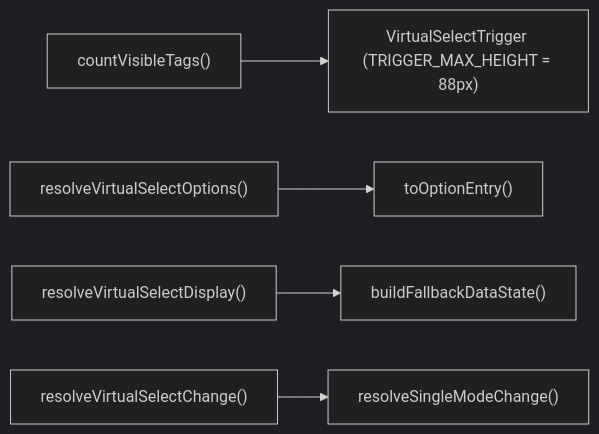
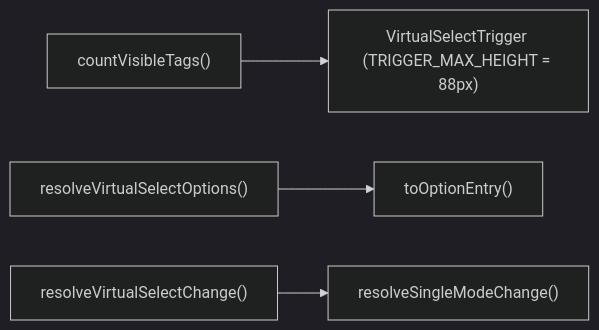
One commit to luciocabrera/lcabrera-stack changed the first of 2 diagrams in packages/ui/src/components/VirtualSelect/utils/ARCHITECTURE.md. Above: the diagram before and after it, drawn with Mermaid (dark theme). The commit also changed other lines of this file and 30 other files, not shown here.

First line of the commit message:
refactor(VirtualSelect): decouple dropdown and header from selection logic

````diff
--- a/packages/ui/src/components/VirtualSelect/utils/ARCHITECTURE.md
+++ b/packages/ui/src/components/VirtualSelect/utils/ARCHITECTURE.md
@@ -21,7 +21,6 @@
 ```mermaid
 graph LR
   CVT["countVisibleTags()"] --> TRIGGER_MAX_HEIGHT["VirtualSelectTrigger (TRIGGER_MAX_HEIGHT = 88px)"]
   RVSO["resolveVirtualSelectOptions()"] --> TOE["toOptionEntry()"]
-  RVSD["resolveVirtualSelectDisplay()"] --> BFDS["buildFallbackDataState()"]
   RVSC["resolveVirtualSelectChange()"] --> RSMC["resolveSingleModeChange()"]
 ```
````
